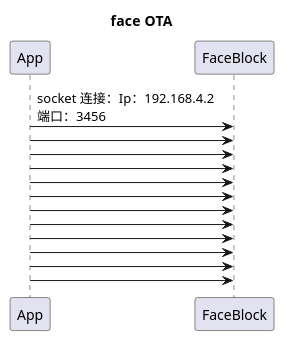
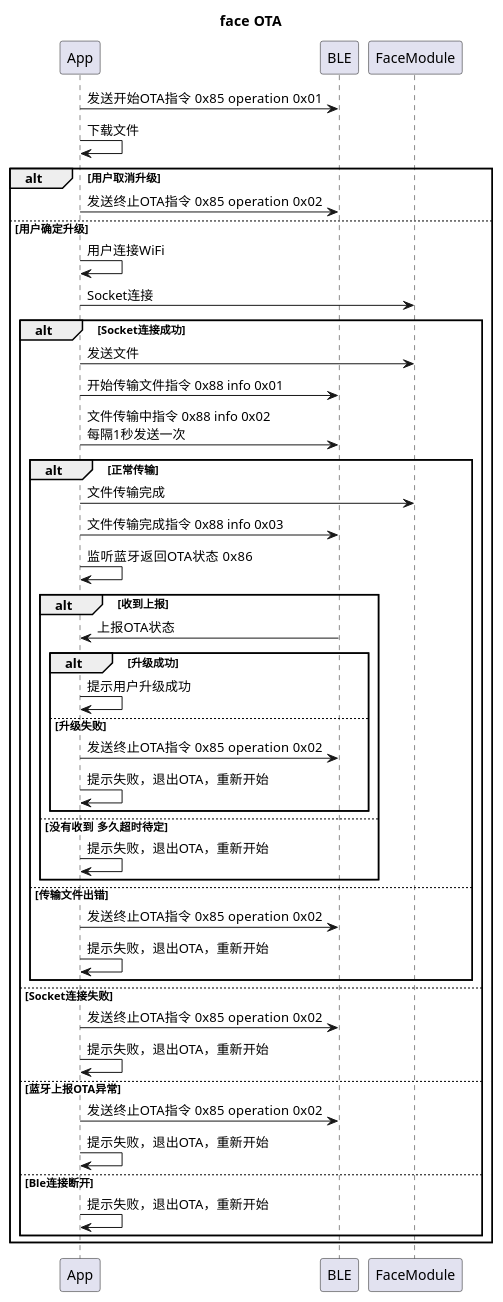
The diagram in app/src/main/java/com/FACE OTA.puml (kakabuli/LockHomeKey), drawn with PlantUML before and after one commit. The commit also changed 10 other files, not shown here.

```diff
--- a/app/src/main/java/com/FACE OTA.puml
+++ b/app/src/main/java/com/FACE OTA.puml
@@ -1,17 +1,43 @@
 @startuml
 title face OTA
-    App->FaceBlock: socket 连接：Ip：192.168.4.2 \n端口：3456
-    App->FaceBlock:
-    App->FaceBlock:
-    App->FaceBlock:
-    App->FaceBlock:
-    App->FaceBlock:
-    App->FaceBlock:
-    App->FaceBlock:
-    App->FaceBlock:
-    App->FaceBlock:
-    App->FaceBlock:
-    App->FaceBlock:
-
-
+    App->BLE: 发送开始OTA指令  0x85 operation 0x01
+    App->App: 下载文件
+    alt  用户取消升级
+         App->BLE: 发送终止OTA指令  0x85 operation 0x02
+    else 用户确定升级
+            App->App:用户连接WiFi
+         App->FaceModule: Socket连接
+         alt  Socket连接成功
+             App->FaceModule: 发送文件
+             App->BLE: 开始传输文件指令 0x88 info 0x01
+             App->BLE: 文件传输中指令 0x88 info 0x02 \n每隔1秒发送一次
+             alt 正常传输
+                 App->FaceModule: 文件传输完成
+                 App->BLE: 文件传输完成指令 0x88 info 0x03
+                 App->App: 监听蓝牙返回OTA状态  0x86
+                 alt 收到上报
+                    BLE->App: 上报OTA状态
+                       alt 升级成功
+                          App->App: 提示用户升级成功
+                       else  升级失败
+                          App->BLE: 发送终止OTA指令  0x85 operation 0x02
+                          App->App: 提示失败，退出OTA，重新开始
+                       end
+                 else 没有收到  多久超时待定
+                     App->App: 提示失败，退出OTA，重新开始
+                 end
+             else  传输文件出错
+                App->BLE: 发送终止OTA指令  0x85 operation 0x02
+                App->App: 提示失败，退出OTA，重新开始
+             end
+         else  Socket连接失败
+             App->BLE: 发送终止OTA指令  0x85 operation 0x02
+             App->App: 提示失败，退出OTA，重新开始
+         else  蓝牙上报OTA异常
+             App->BLE: 发送终止OTA指令  0x85 operation 0x02
+             App->App: 提示失败，退出OTA，重新开始
+         else  Ble连接断开
+             App->App: 提示失败，退出OTA，重新开始
+         end
+    end
 @enduml
```
